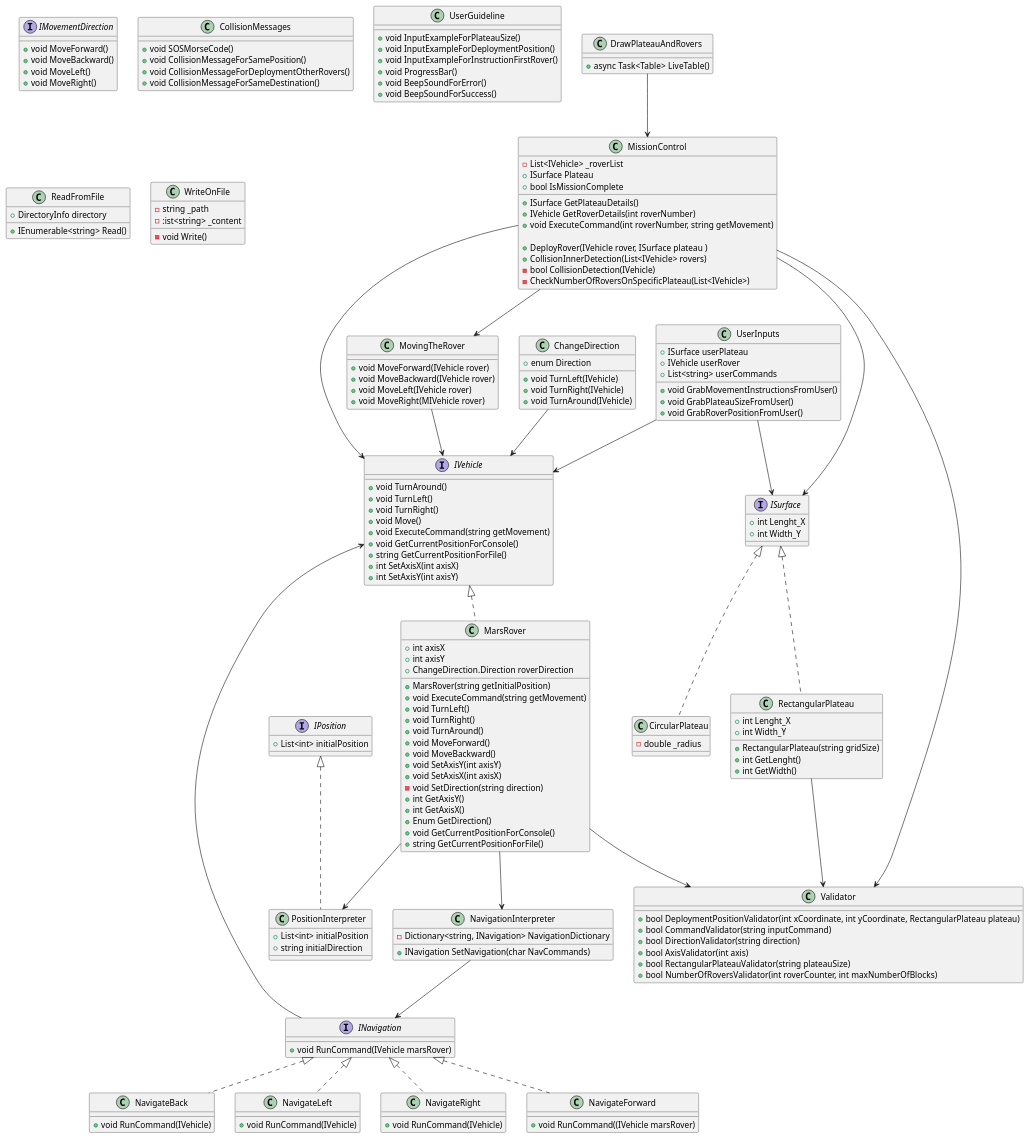
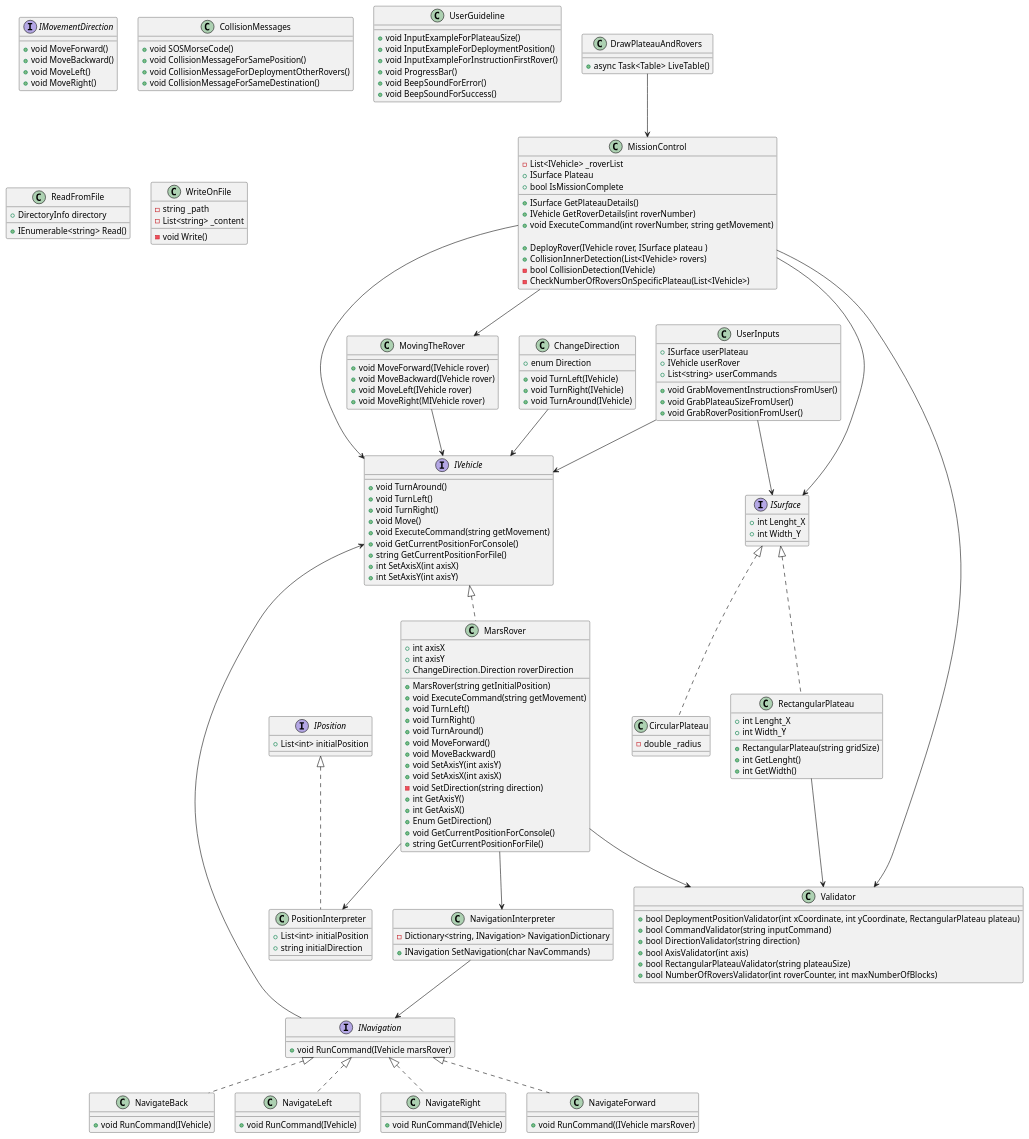
Before and after one commit to vahidkianfar/Mars-Rover-Project: the diagram in Mars-Rover-Project/UML-Diagram/MarsRover.puml, drawn with PlantUML.

Commit message:
Fixed typo on .PUML file.

```diff
--- a/Mars-Rover-Project/UML-Diagram/MarsRover.puml
+++ b/Mars-Rover-Project/UML-Diagram/MarsRover.puml
@@ -180,7 +180,7 @@
 class WriteOnFile
 {
 - string _path
-- :ist<string> _content
+- List<string> _content
 - void Write()
 }
 
```
